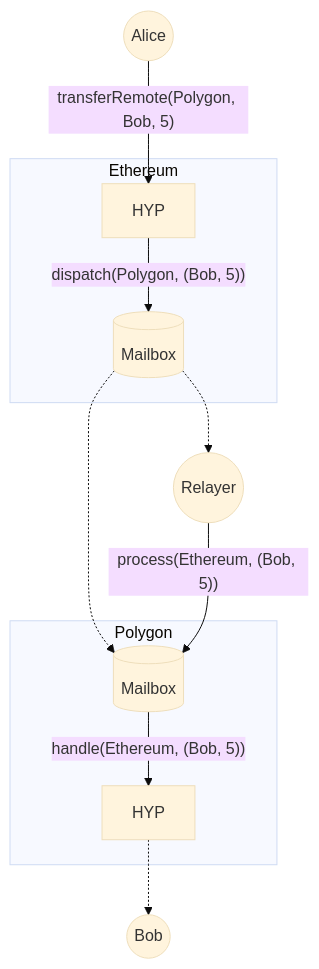
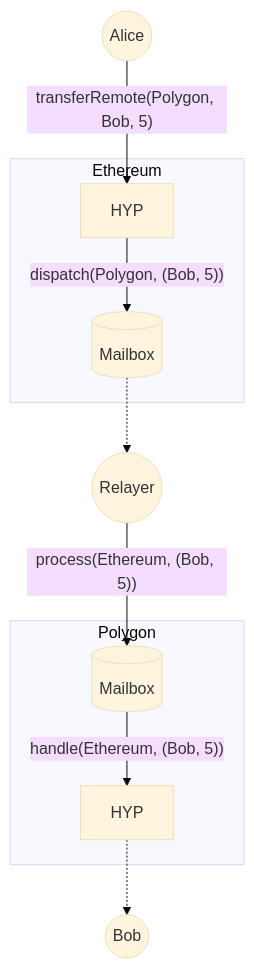
Before and after one commit to hyperlane-xyz/hyperlane-token: the diagram in README.md, drawn with Mermaid.

Commit message:
Remove mailbox to mailbox arrow

````diff
--- a/README.md
+++ b/README.md
@@ -5,26 +5,25 @@
 ```mermaid
 %%{init: {'theme':'base'}}%%
 graph TB
     Alice((Alice))
     Relayer((Relayer))
 
     subgraph "Ethereum"
         HYP_E[HYP]
         M_E[(Mailbox)]
     end
 
     subgraph "Polygon"
         HYP_P[HYP]
         M_P[(Mailbox)]
     end
 
     Bob((Bob))
 
     Alice -- "transferRemote(Polygon, Bob, 5)" --> HYP_E
     HYP_E -- "dispatch(Polygon, (Bob, 5))" --> M_E
     M_E-.->Relayer
-    M_E-.->M_P
     Relayer -- "process(Ethereum, (Bob, 5))" --> M_P
     M_P-->|"handle(Ethereum, (Bob, 5))"|HYP_P
     HYP_P-.->Bob
 ```
````
